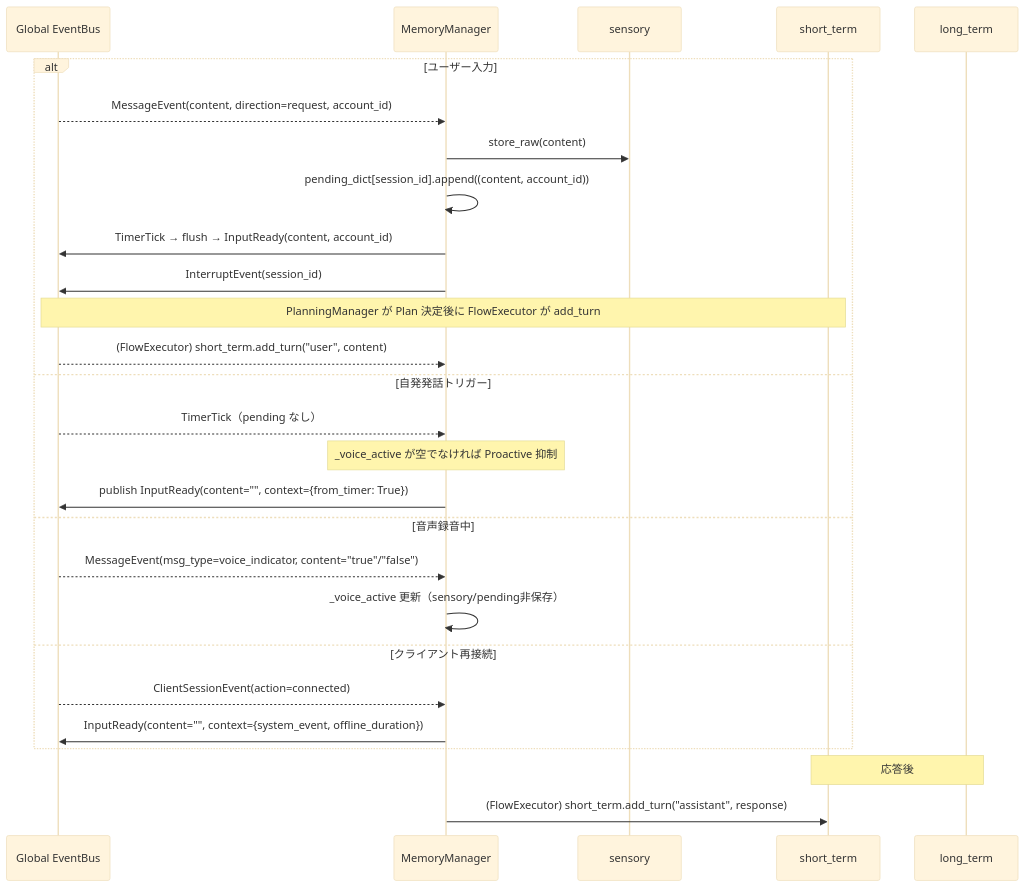
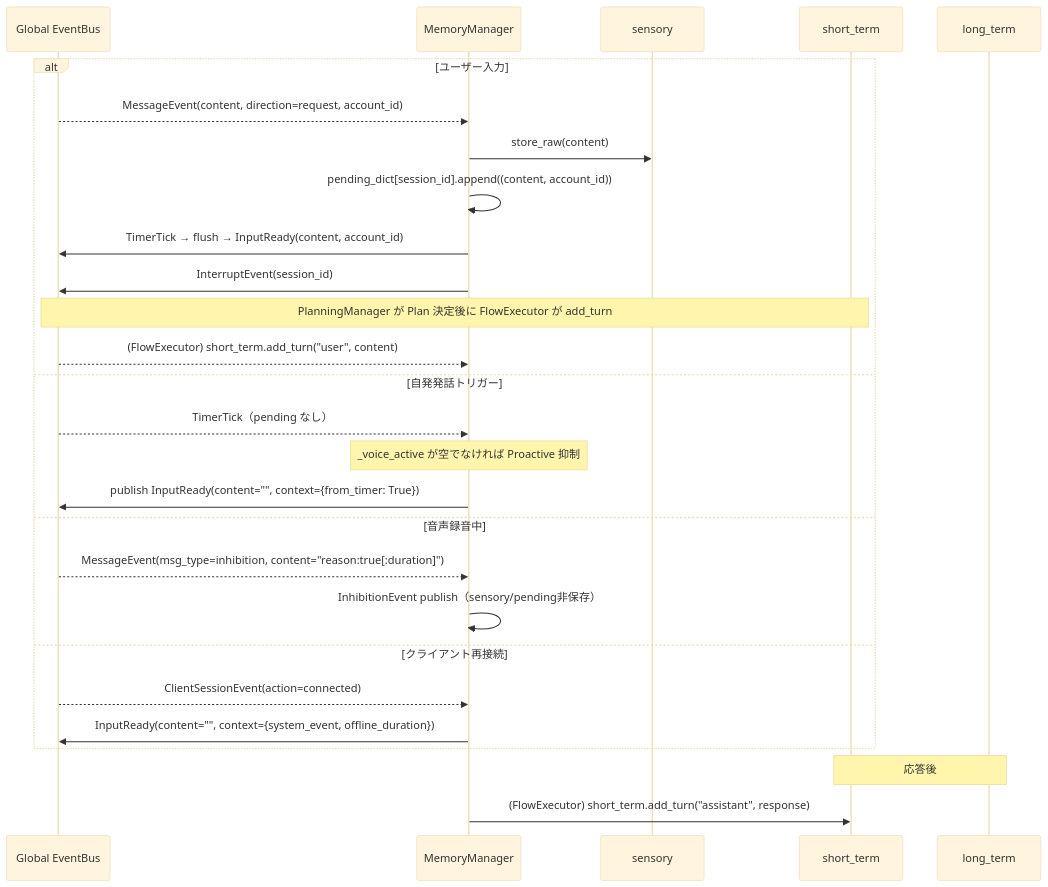
The diagram in docs/memory-layer.md (ibukani/iris-mind), drawn with Mermaid (base theme) before and after one commit. The commit also changed other lines of this file and 19 other files, not shown here.

````diff
--- a/docs/memory-layer.md
+++ b/docs/memory-layer.md
@@ -187,32 +187,32 @@
 ```mermaid
 sequenceDiagram
     participant EB as Global EventBus
     participant MGR as MemoryManager
     participant SEN as sensory
     participant STM as short_term
     participant LTM as long_term
 
     alt ユーザー入力
         EB-->>MGR: MessageEvent(content, direction=request, account_id)
         MGR->>SEN: store_raw(content)
         MGR->>MGR: pending_dict[session_id].append((content, account_id))
         MGR->>EB: TimerTick → flush → InputReady(content, account_id)
         MGR->>EB: InterruptEvent(session_id)
 
         Note over EB,STM: PlanningManager が Plan 決定後に FlowExecutor が add_turn
         EB-->>MGR: (FlowExecutor) short_term.add_turn("user", content)
     else 自発発話トリガー
         EB-->>MGR: TimerTick（pending なし）
         Note over MGR: _voice_active が空でなければ Proactive 抑制
         MGR->>EB: publish InputReady(content="", context={from_timer: True})
     else 音声録音中
-        EB-->>MGR: MessageEvent(msg_type=voice_indicator, content="true"/"false")
-        MGR->>MGR: _voice_active 更新（sensory/pending非保存）
+        EB-->>MGR: MessageEvent(msg_type=inhibition, content="reason:true[:duration]")
+        MGR->>MGR: InhibitionEvent publish（sensory/pending非保存）
     else クライアント再接続
         EB-->>MGR: ClientSessionEvent(action=connected)
         MGR->>EB: InputReady(content="", context={system_event, offline_duration})
     end
 
     Note over STM,LTM: 応答後
     MGR->>STM: (FlowExecutor) short_term.add_turn("assistant", response)
 ```
````
